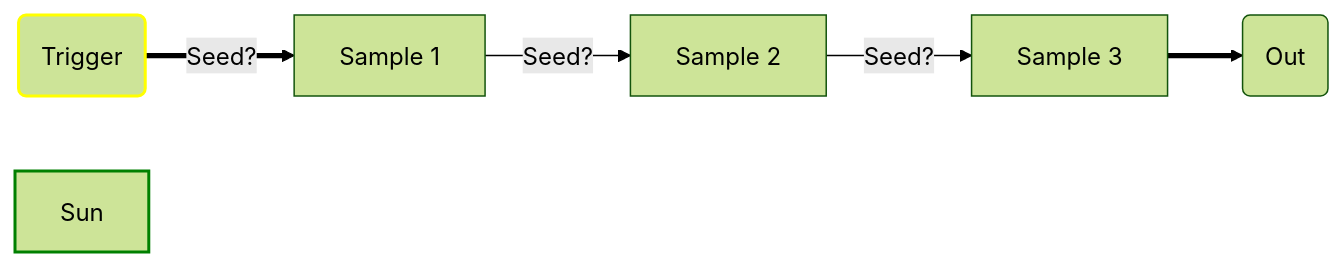
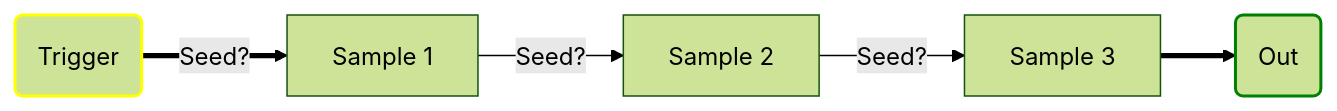
One commit to eduardorauchbach/Azure-Durable-Function changed the first of 2 diagrams in README.md. Above: the diagram before and after it, drawn with Mermaid (forest theme). The commit also changed other lines of this file, not shown here.

````diff
--- a/README.md
+++ b/README.md
@@ -10,19 +10,19 @@
 ```mermaid
 graph LR
 Trigger("Trigger")
 style Trigger stroke:#ff0,stroke-width:2px
 
 Sample1["Sample 1"]
 Sample2["Sample 2"]
 Sample3["Sample 3"]
 
 Out("Out")
-style Sun stroke:green,stroke-width:2px
+style Out stroke:green,stroke-width:2px
 
 Trigger ==Seed?==> Sample1
 
 Sample1 --Seed?-->Sample2
 Sample2 --Seed?-->Sample3
 
 Sample3 ==> Out
 ```
````
